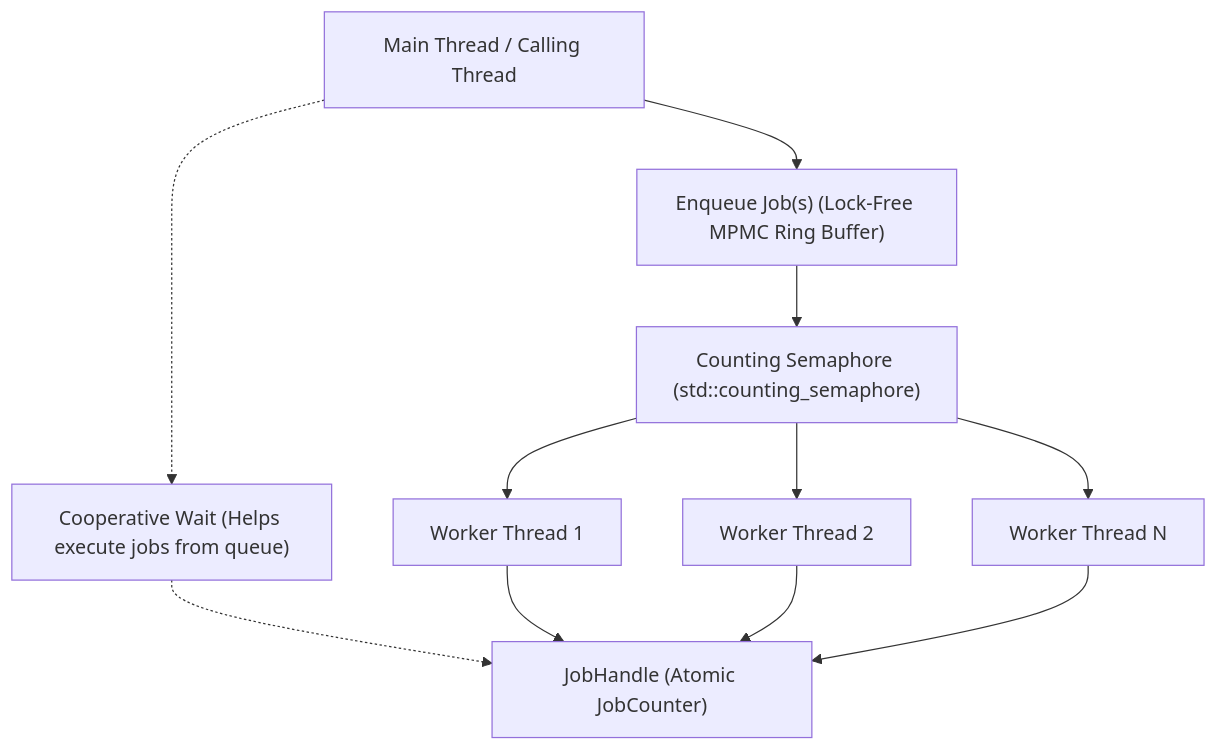
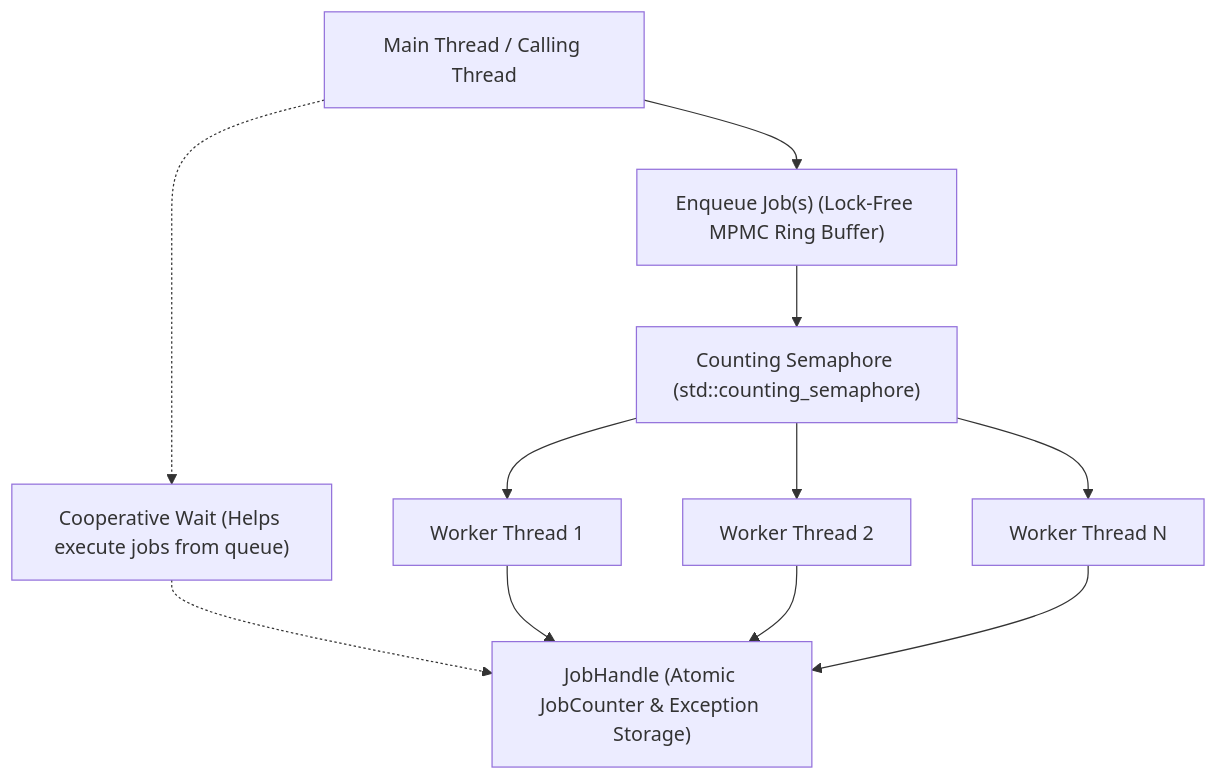
Before and after one commit to tristepin222/CrimsonEngine: the diagram in docs/job_system.md, drawn with Mermaid. The commit also changed other lines of this file and 9 other files, not shown here.

````diff
--- a/docs/job_system.md
+++ b/docs/job_system.md
@@ -11,13 +11,13 @@
 ```mermaid
 flowchart TD
     MainThread["Main Thread / Calling Thread"] --> Enqueue["Enqueue Job(s) (Lock-Free MPMC Ring Buffer)"]
     Enqueue --> Sem["Counting Semaphore (std::counting_semaphore)"]
     Sem --> W1["Worker Thread 1"]
     Sem --> W2["Worker Thread 2"]
     Sem --> WN["Worker Thread N"]
     MainThread -.-> CoopWait["Cooperative Wait (Helps execute jobs from queue)"]
-    CoopWait -.-> JobHandle["JobHandle (Atomic JobCounter)"]
+    CoopWait -.-> JobHandle["JobHandle (Atomic JobCounter & Exception Storage)"]
     W1 --> JobHandle
     W2 --> JobHandle
     WN --> JobHandle
 ```
````
